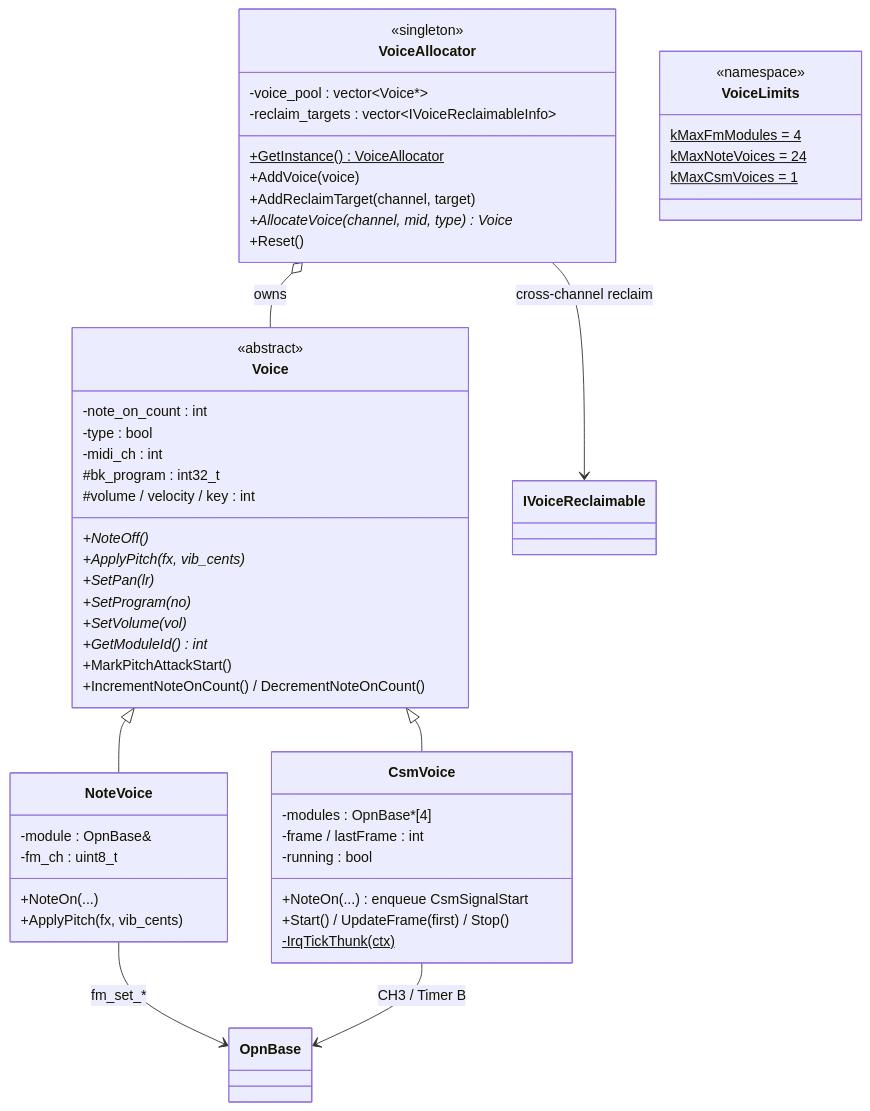
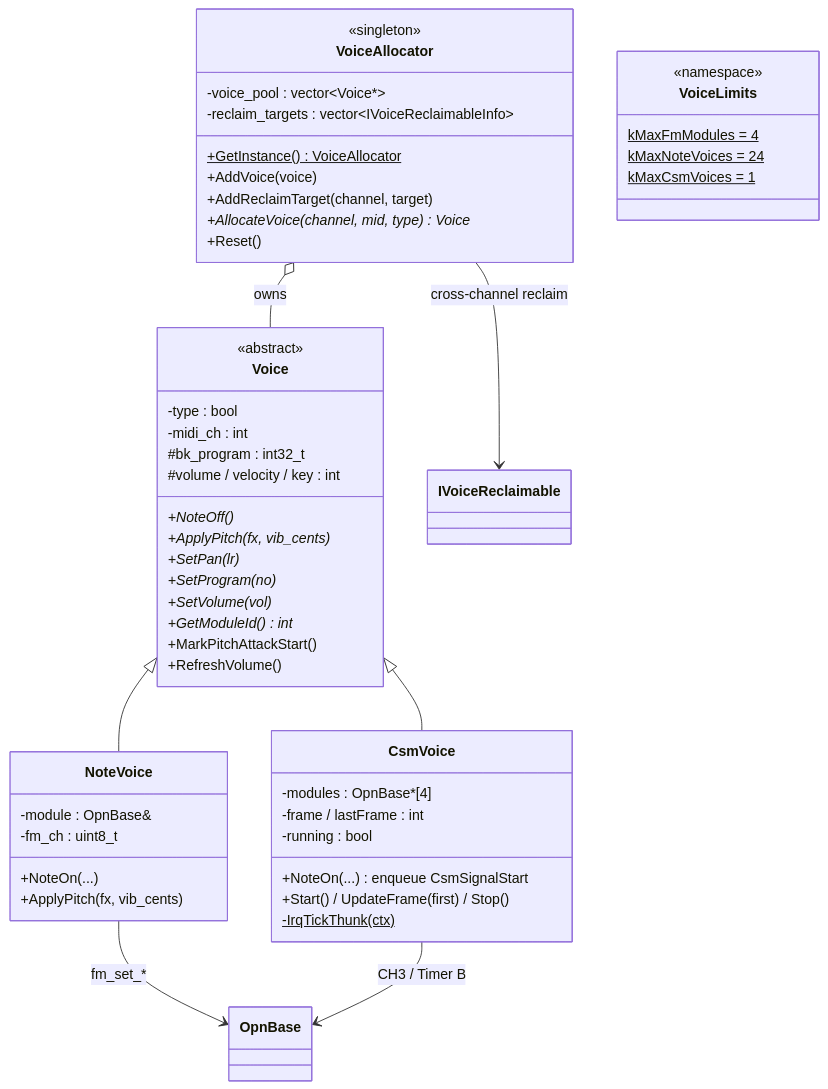
The second of 2 diagrams in doc/domain/domain_synth.md (46nori/FMSynthEnsembleV3), drawn with Mermaid before and after one commit. The commit also changed other lines of this file and 83 other files, not shown here.

````diff
--- a/doc/domain/domain_synth.md
+++ b/doc/domain/domain_synth.md
@@ -94,60 +96,59 @@
 ```mermaid
 classDiagram
     class Voice {
         <<abstract>>
-        -note_on_count : int
         -type : bool
         -midi_ch : int
         #bk_program : int32_t
         #volume / velocity / key : int
         +NoteOff()*
         +ApplyPitch(fx, vib_cents)*
         +SetPan(lr)*
         +SetProgram(no)*
         +SetVolume(vol)*
         +GetModuleId() int*
         +MarkPitchAttackStart()
-        +IncrementNoteOnCount() / DecrementNoteOnCount()
+        +RefreshVolume()
     }
 
     class NoteVoice {
         -module : OpnBase&
         -fm_ch : uint8_t
         +NoteOn(...)
         +ApplyPitch(fx, vib_cents)
     }
 
     class CsmVoice {
         -modules : OpnBase*[4]
         -frame / lastFrame : int
         -running : bool
         +NoteOn(...)  enqueue CsmSignalStart
         +Start() / UpdateFrame(first) / Stop()
         -IrqTickThunk(ctx)$
     }
 
     class VoiceAllocator {
         <<singleton>>
         -voice_pool : vector~Voice*~
         -reclaim_targets : vector~IVoiceReclaimableInfo~
         +GetInstance() VoiceAllocator$
         +AddVoice(voice)
         +AddReclaimTarget(channel, target)
         +AllocateVoice(channel, mid, type) Voice*
         +Reset()
     }
 
     class VoiceLimits {
         <<namespace>>
         kMaxFmModules = 4$
         kMaxNoteVoices = 24$
         kMaxCsmVoices = 1$
     }
 
     Voice <|-- NoteVoice
     Voice <|-- CsmVoice
     VoiceAllocator o-- Voice : owns
     VoiceAllocator --> IVoiceReclaimable : cross-channel reclaim
     NoteVoice --> OpnBase : fm_set_*
     CsmVoice --> OpnBase : CH3 / Timer B
 ```
````
